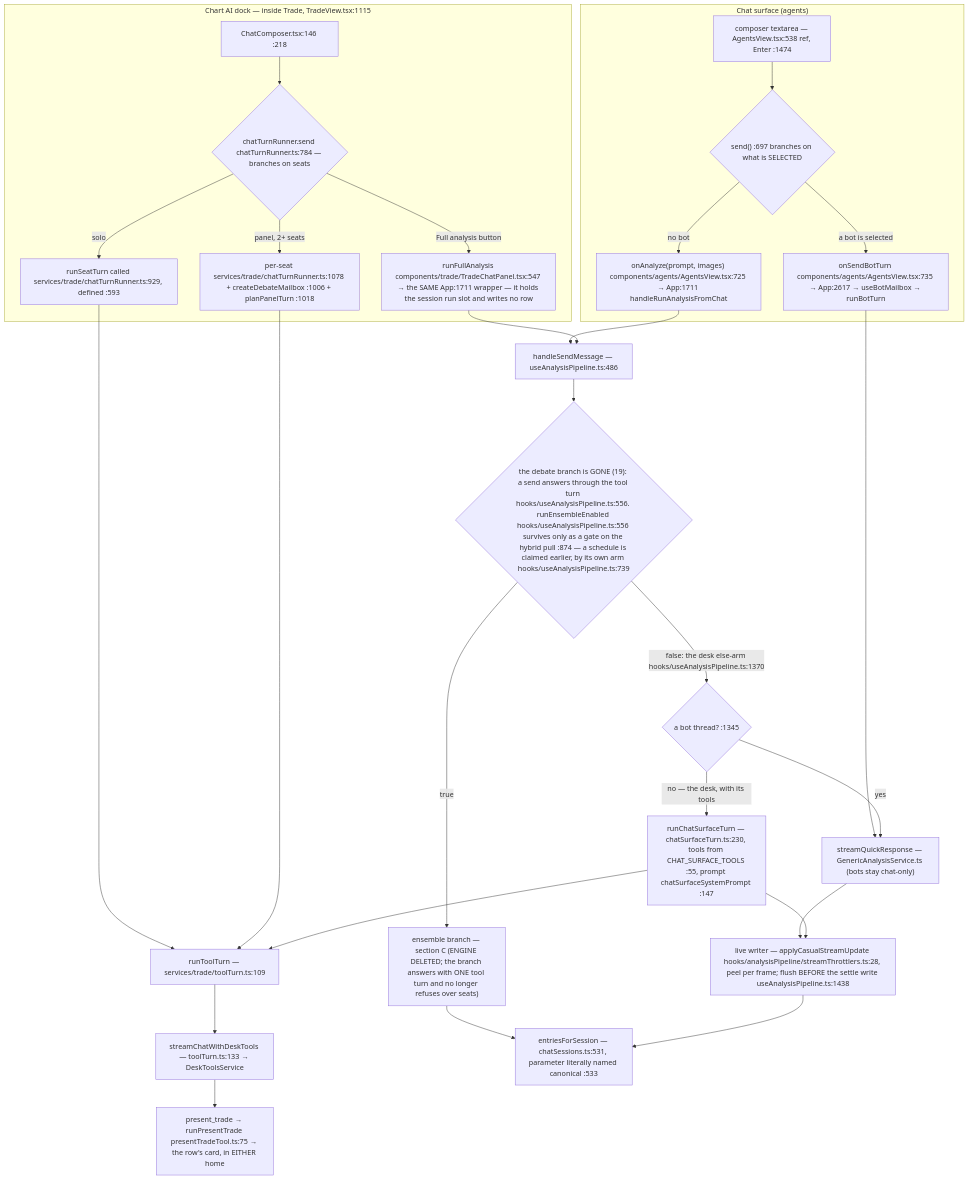
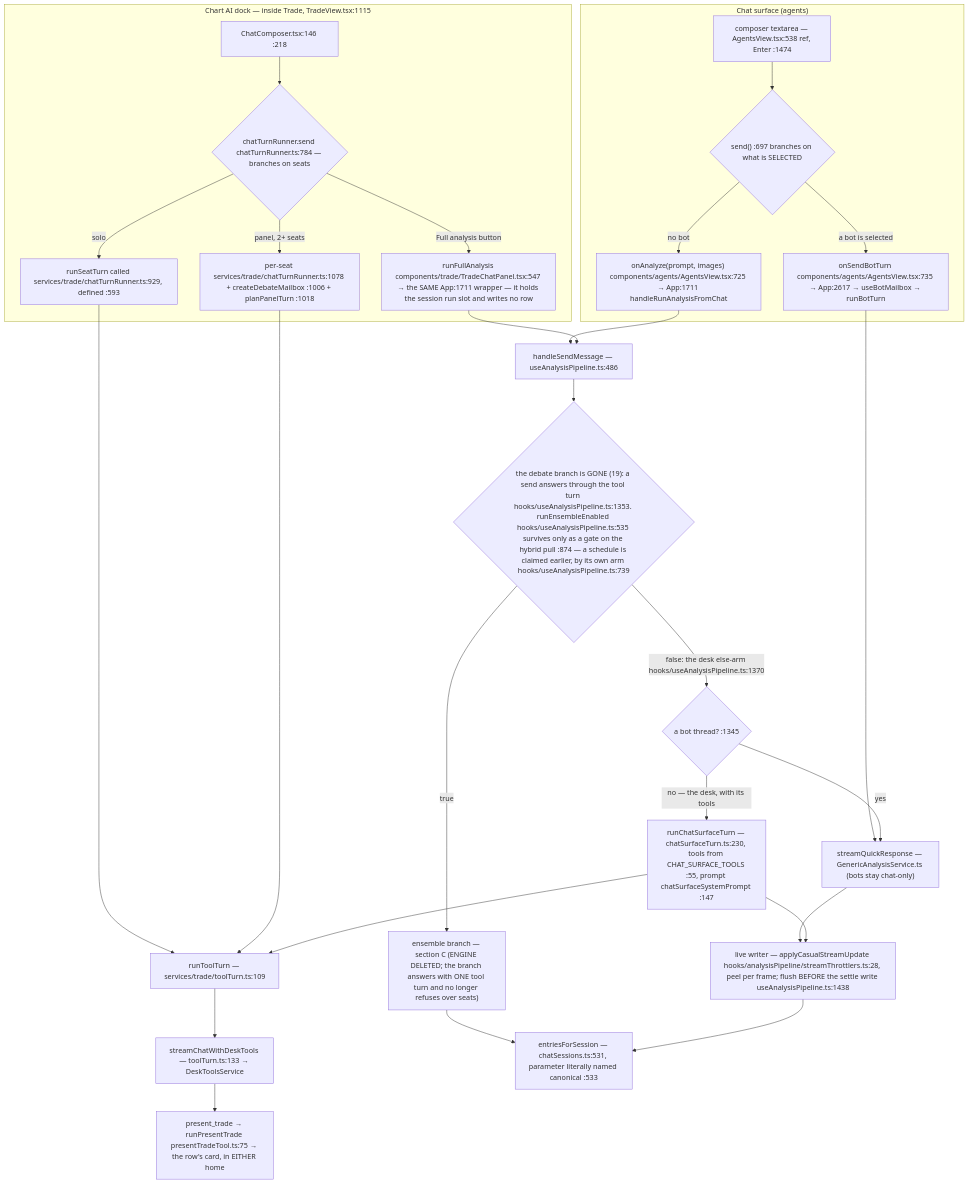
One commit to Acepay25/august-3.5 changed the second of 7 diagrams in docs/app-flow.md. Above: the diagram before and after it, drawn with Mermaid. The commit also changed other lines of this file and 1 other file, not shown here.

First line of the commit message:
docs(flow): four more of the same stale runEnsembleEnabled/provider citations, found by chasing the one I fixed

````diff
--- a/docs/app-flow.md
+++ b/docs/app-flow.md
@@ -54,31 +54,31 @@
 ```mermaid
 flowchart TD
     subgraph CHAT["Chat surface (agents)"]
         CB["composer textarea — AgentsView.tsx:538 ref, Enter :1474"] --> D1{"send() :697 branches on what is SELECTED"}
         D1 -->|a bot is selected| BOT["onSendBotTurn components/agents/AgentsView.tsx:735 → App:2617 → useBotMailbox → runBotTurn"]
         D1 -->|no bot| AN["onAnalyze(prompt, images) components/agents/AgentsView.tsx:725 → App:1711 handleRunAnalysisFromChat"]
     end
     subgraph DOCK["Chart AI dock — inside Trade, TradeView.tsx:1115"]
         DC["ChatComposer.tsx:146 :218"] --> D2{"chatTurnRunner.send chatTurnRunner.ts:784 — branches on seats"}
         D2 -->|solo| SO["runSeatTurn called services/trade/chatTurnRunner.ts:929, defined :593"]
         D2 -->|panel, 2+ seats| PN["per-seat services/trade/chatTurnRunner.ts:1078 + createDebateMailbox :1006 + planPanelTurn :1018"]
         D2 -->|Full analysis button| FA["runFullAnalysis components/trade/TradeChatPanel.tsx:547 → the SAME App:1711 wrapper — it holds the session run slot and writes no row"]
     end
     SO --> TT["runToolTurn — services/trade/toolTurn.ts:109"]
     PN --> TT
     TT --> SCDT["streamChatWithDeskTools — toolTurn.ts:133 → DeskToolsService"]
     BOT --> TR["streamQuickResponse — GenericAnalysisService.ts (bots stay chat-only)"]
     AN --> HSM["handleSendMessage — useAnalysisPipeline.ts:486"]
     FA --> HSM
-    HSM --> D3{"the debate branch is GONE (19): a send answers through the tool turn hooks/useAnalysisPipeline.ts:556. runEnsembleEnabled hooks/useAnalysisPipeline.ts:556 survives only as a gate on the hybrid pull :874 — a schedule is claimed earlier, by its own arm hooks/useAnalysisPipeline.ts:739"}
+    HSM --> D3{"the debate branch is GONE (19): a send answers through the tool turn hooks/useAnalysisPipeline.ts:1353. runEnsembleEnabled hooks/useAnalysisPipeline.ts:535 survives only as a gate on the hybrid pull :874 — a schedule is claimed earlier, by its own arm hooks/useAnalysisPipeline.ts:739"}
     D3 -->|true| ENS["ensemble branch — section C (ENGINE DELETED; the branch answers with ONE tool turn and no longer refuses over seats)"]
     D3 -->|false: the desk else-arm hooks/useAnalysisPipeline.ts:1370| SPLIT{"a bot thread? :1345"}
     SPLIT -->|yes| TR
     SPLIT -->|no — the desk, with its tools| CST["runChatSurfaceTurn — chatSurfaceTurn.ts:230, tools from CHAT_SURFACE_TOOLS :55, prompt chatSurfaceSystemPrompt :147"]
     CST --> TT
     TR --> LW["live writer — applyCasualStreamUpdate hooks/analysisPipeline/streamThrottlers.ts:28, peel per frame; flush BEFORE the settle write useAnalysisPipeline.ts:1438"]
     CST --> LW
     ENS --> MERGE
     LW --> MERGE["entriesForSession — chatSessions.ts:531, parameter literally named canonical :533"]
     SCDT --> PT["present_trade → runPresentTrade presentTradeTool.ts:75 → the row's card, in EITHER home"]
 ```
````
